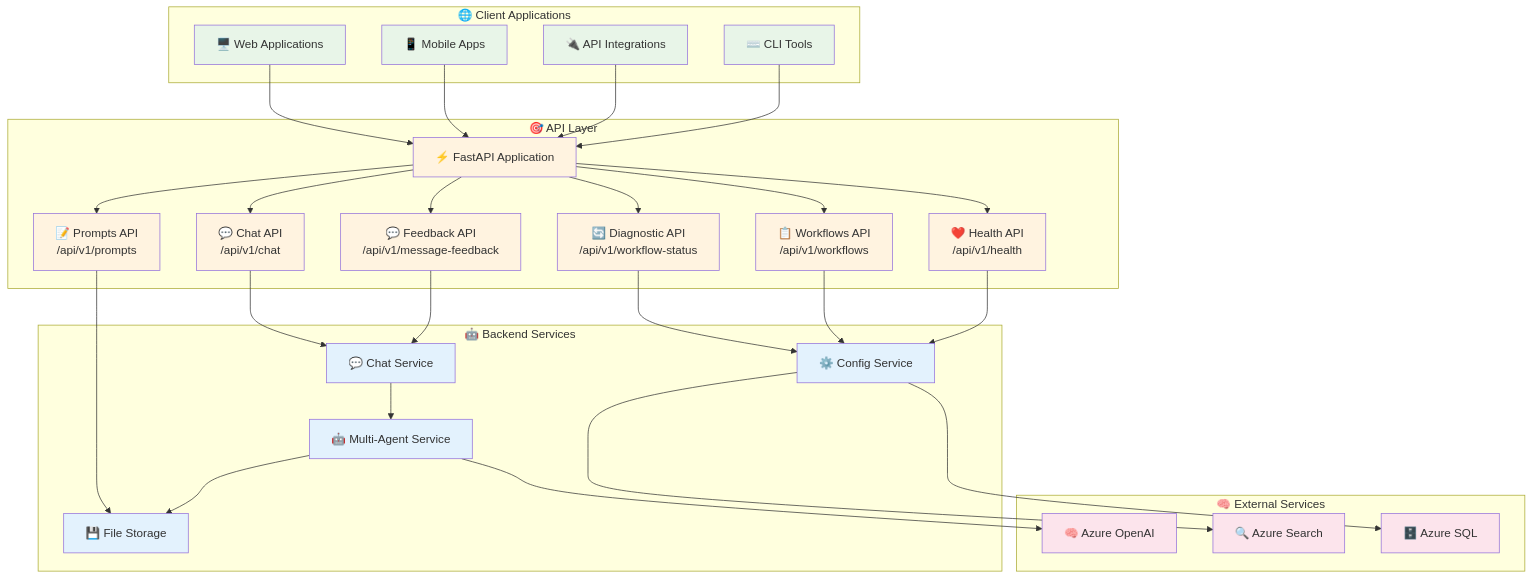
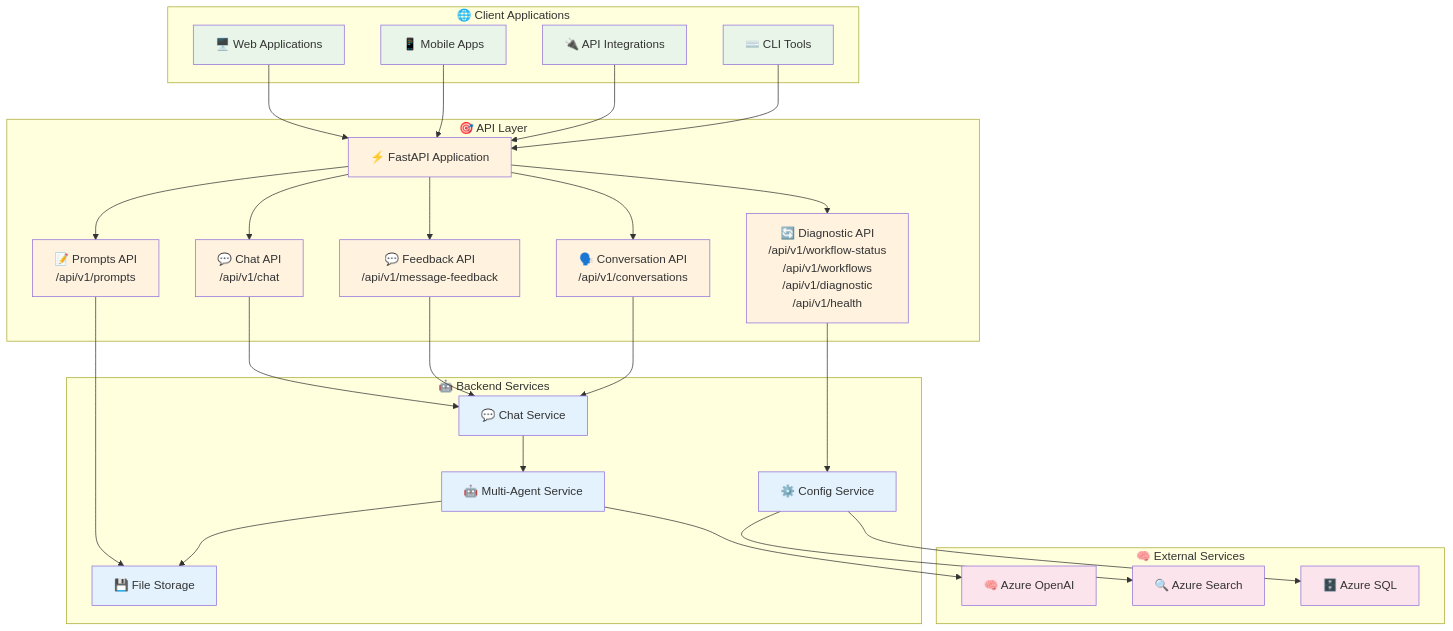
One commit to the-ingenious-dark-knight/Insight_Ingenious changed the first of 6 diagrams in docs/api/README.md. Above: the diagram before and after it, drawn with Mermaid. The commit also changed other lines of this file and 3 other files, not shown here.

Commit message:
fix: Update API documentation to include new conversation and diagnostic APIs, and improve workflow examples

````diff
--- a/docs/api/README.md
+++ b/docs/api/README.md
@@ -18,68 +18,65 @@
 ```mermaid
 graph TB
     subgraph "🌐 Client Applications"
         WEB_CLIENT[🖥️ Web Applications]
         MOBILE_CLIENT[📱 Mobile Apps]
         API_CLIENT[🔌 API Integrations]
         CLI_CLIENT[⌨️ CLI Tools]
     end
 
     subgraph "🎯 API Layer"
         FASTAPI[⚡ FastAPI Application]
         CHAT_API[💬 Chat API<br/>/api/v1/chat]
-        DIAGNOSTIC_API[🔄 Diagnostic API<br/>/api/v1/workflow-status]
-        WORKFLOWS_API[📋 Workflows API<br/>/api/v1/workflows]
-        HEALTH_API[❤️ Health API<br/>/api/v1/health]
+        DIAGNOSTIC_API[🔄 Diagnostic API<br/>/api/v1/workflow-status<br/>/api/v1/workflows<br/>/api/v1/diagnostic<br/>/api/v1/health]
         PROMPTS_API[📝 Prompts API<br/>/api/v1/prompts]
         FEEDBACK_API[💬 Feedback API<br/>/api/v1/message-feedback]
+        CONVERSATION_API[🗣️ Conversation API<br/>/api/v1/conversations]
     end
 
     subgraph "🤖 Backend Services"
         CHAT_SERVICE[💬 Chat Service]
         MULTI_AGENT_SERVICE[🤖 Multi-Agent Service]
         CONFIG_SERVICE[⚙️ Config Service]
         FILE_STORAGE[💾 File Storage]
     end
 
     subgraph "🧠 External Services"
         AZURE_OPENAI[🧠 Azure OpenAI]
         AZURE_SEARCH[🔍 Azure Search]
         AZURE_SQL[🗄️ Azure SQL]
     end
 
     WEB_CLIENT --> FASTAPI
     MOBILE_CLIENT --> FASTAPI
     API_CLIENT --> FASTAPI
     CLI_CLIENT --> FASTAPI
 
     FASTAPI --> CHAT_API
     FASTAPI --> DIAGNOSTIC_API
-    FASTAPI --> WORKFLOWS_API
-    FASTAPI --> HEALTH_API
     FASTAPI --> PROMPTS_API
     FASTAPI --> FEEDBACK_API
+    FASTAPI --> CONVERSATION_API
 
     CHAT_API --> CHAT_SERVICE
     DIAGNOSTIC_API --> CONFIG_SERVICE
-    WORKFLOWS_API --> CONFIG_SERVICE
-    HEALTH_API --> CONFIG_SERVICE
     PROMPTS_API --> FILE_STORAGE
     FEEDBACK_API --> CHAT_SERVICE
+    CONVERSATION_API --> CHAT_SERVICE
 
     CHAT_SERVICE --> MULTI_AGENT_SERVICE
     MULTI_AGENT_SERVICE --> FILE_STORAGE
     MULTI_AGENT_SERVICE --> AZURE_OPENAI
 
     CONFIG_SERVICE --> AZURE_SEARCH
     CONFIG_SERVICE --> AZURE_SQL
 
     classDef client fill:#e8f5e8
     classDef api fill:#fff3e0
     classDef service fill:#e3f2fd
     classDef external fill:#fce4ec
 
     class WEB_CLIENT,MOBILE_CLIENT,API_CLIENT,CLI_CLIENT client
-    class FASTAPI,CHAT_API,DIAGNOSTIC_API,WORKFLOWS_API,HEALTH_API,PROMPTS_API,FEEDBACK_API api
+    class FASTAPI,CHAT_API,DIAGNOSTIC_API,PROMPTS_API,FEEDBACK_API,CONVERSATION_API api
     class CHAT_SERVICE,MULTI_AGENT_SERVICE,CONFIG_SERVICE,FILE_STORAGE service
     class AZURE_OPENAI,AZURE_SEARCH,AZURE_SQL external
 ```
````
